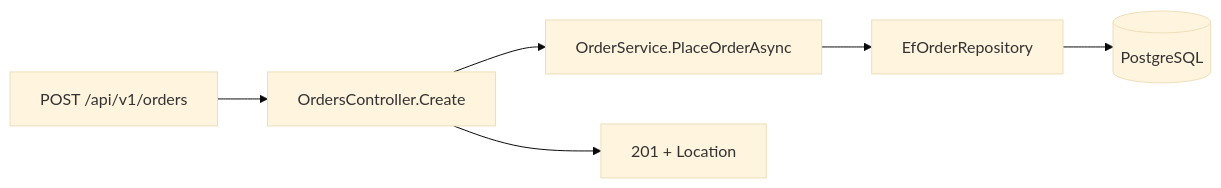
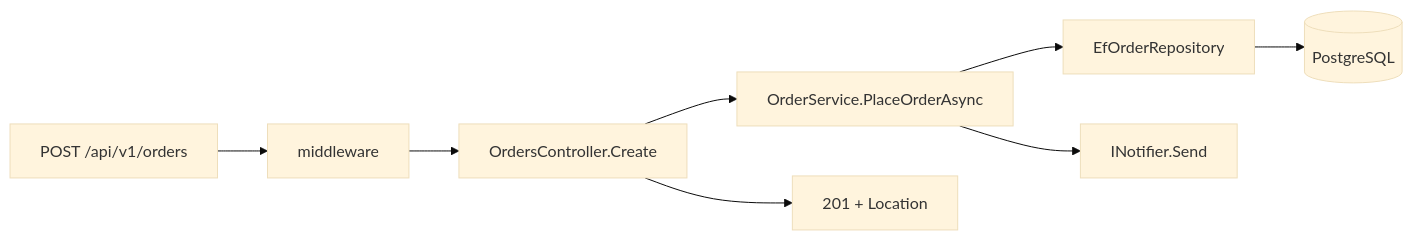
The diagram in content/tracks/design/layered/design.l1.tracing-a-request-through-layers.en.md (duyan11110/lo-trinh-architect), drawn with Mermaid (base theme) before and after one commit. The commit also changed other lines of this file and 4 other files, not shown here.

````diff
--- a/content/tracks/design/layered/design.l1.tracing-a-request-through-layers.en.md
+++ b/content/tracks/design/layered/design.l1.tracing-a-request-through-layers.en.md
@@ -39,8 +39,10 @@
 ```mermaid
 flowchart LR
-  R[POST /api/v1/orders] --> C[OrdersController.Create]
+  R[POST /api/v1/orders] --> M[middleware]
+  M --> C[OrdersController.Create]
   C --> S[OrderService.PlaceOrderAsync]
   S --> E[EfOrderRepository]
   E --> P[(PostgreSQL)]
+  S --> N[INotifier.Send]
   C --> A[201 + Location]
 ```
````
